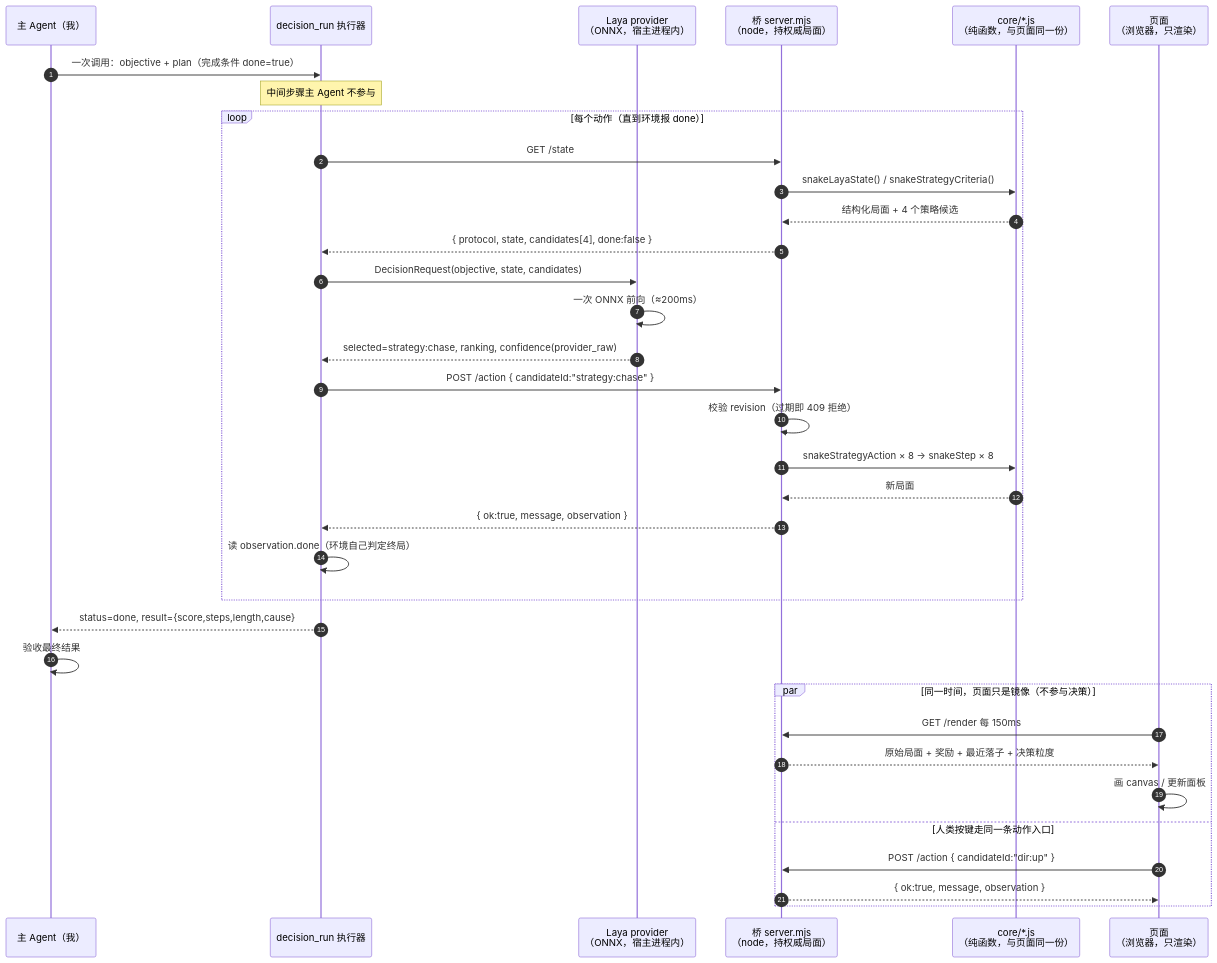
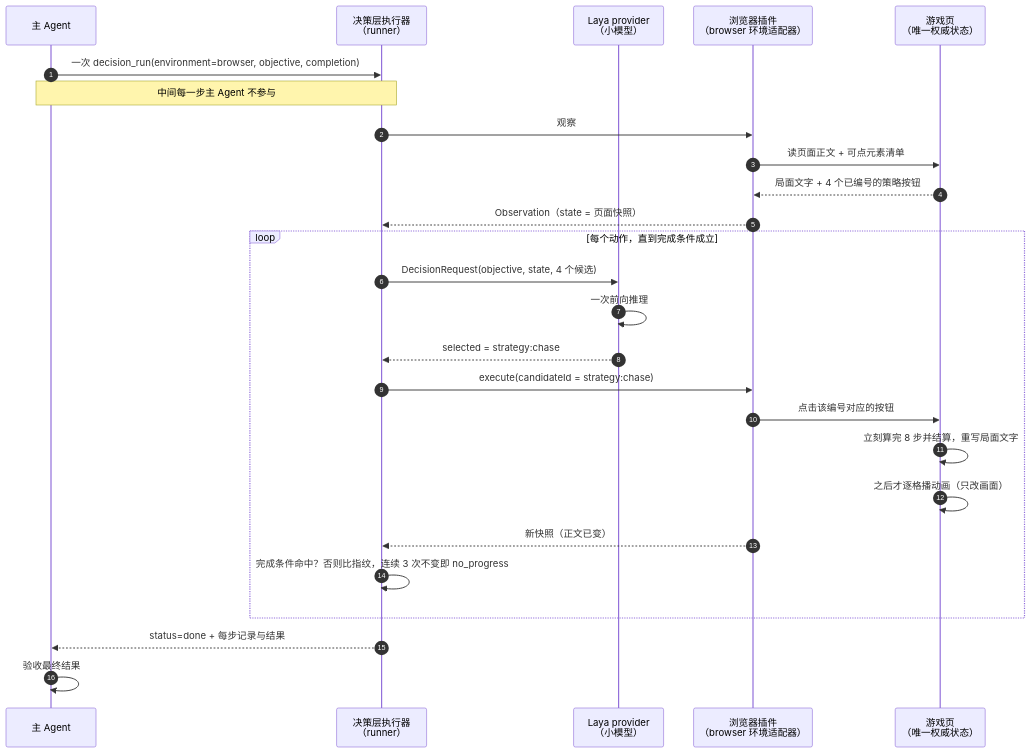
One commit to LiuRJ99/dsh-decision-engine changed the first of 2 diagrams in games/时序图.md. Above: the diagram before and after it, drawn with Mermaid. The commit also changed other lines of this file and 1 other file, not shown here.

First line of the commit message:
docs(games): rewrite both documents for the page-owned architecture

````diff
--- a/games/时序图.md
+++ b/games/时序图.md
@@ -13,41 +16,32 @@
 ```mermaid
 sequenceDiagram
     autonumber
-    participant M as 主 Agent（我）
-    participant X as decision_run 执行器
-    participant P as Laya provider<br/>（ONNX，宿主进程内）
-    participant B as 桥 server.mjs<br/>（node，持权威局面）
-    participant G as core/*.js<br/>（纯函数，与页面同一份）
-    participant W as 页面<br/>（浏览器，只渲染）
+    participant M as 主 Agent
+    participant X as 决策层执行器<br/>（runner）
+    participant P as Laya provider<br/>（小模型）
+    participant B as 浏览器插件<br/>（browser 环境适配器）
+    participant W as 游戏页<br/>（唯一权威状态）
 
-    M->>X: 一次调用：objective + plan（完成条件 done=true）
-    Note over X: 中间步骤主 Agent 不参与
+    M->>X: 一次 decision_run(environment=browser, objective, completion)
+    Note over M,X: 中间每一步主 Agent 不参与
 
-    loop 每个动作（直到环境报 done）
-        X->>B: GET /state
-        B->>G: snakeLayaState() / snakeStrategyCriteria()
-        G-->>B: 结构化局面 + 4 个策略候选
-        B-->>X: { protocol, state, candidates[4], done:false }
-        X->>P: DecisionRequest(objective, state, candidates)
-        P->>P: 一次 ONNX 前向（≈200ms）
-        P-->>X: selected=strategy:chase, ranking, confidence(provider_raw)
-        X->>B: POST /action { candidateId:"strategy:chase" }
-        B->>B: 校验 revision（过期即 409 拒绝）
-        B->>G: snakeStrategyAction × 8 → snakeStep × 8
-        G-->>B: 新局面
-        B-->>X: { ok:true, message, observation }
-        X->>X: 读 observation.done（环境自己判定终局）
+    X->>B: 观察
+    B->>W: 读页面正文 + 可点元素清单
+    W-->>B: 局面文字 + 4 个已编号的策略按钮
+    B-->>X: Observation（state = 页面快照）
+
+    loop 每个动作，直到完成条件成立
+        X->>P: DecisionRequest(objective, state, 4 个候选)
+        P->>P: 一次前向推理
+        P-->>X: selected = strategy:chase
+        X->>B: execute(candidateId = strategy:chase)
+        B->>W: 点击该编号对应的按钮
+        W->>W: 立刻算完 8 步并结算，重写局面文字
+        W->>W: 之后才逐格播动画（只改画面）
+        B-->>X: 新快照（正文已变）
+        X->>X: 完成条件命中？否则比指纹，连续 3 次不变即 no_progress
     end
 
-    X-->>M: status=done, result={score,steps,length,cause}
+    X-->>M: status=done + 每步记录与结果
     M->>M: 验收最终结果
-
-    par 同一时间，页面只是镜像（不参与决策）
-        W->>B: GET /render 每 150ms
-        B-->>W: 原始局面 + 奖励 + 最近落子 + 决策粒度
-        W->>W: 画 canvas / 更新面板
-    and 人类按键走同一条动作入口
-        W->>B: POST /action { candidateId:"dir:up" }
-        B-->>W: { ok:true, message, observation }
-    end
 ```
````
